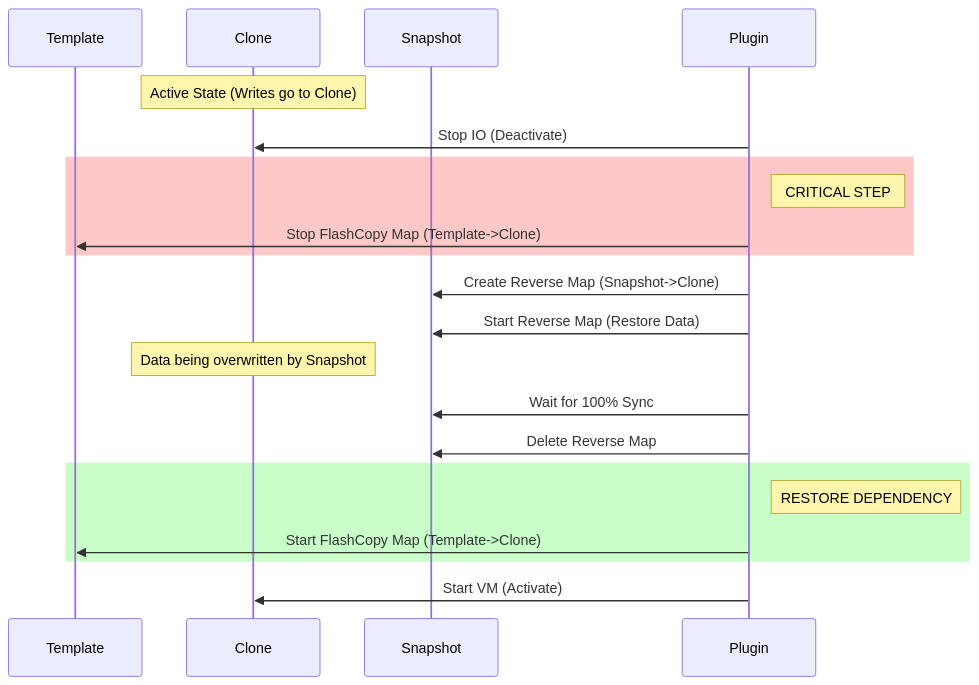
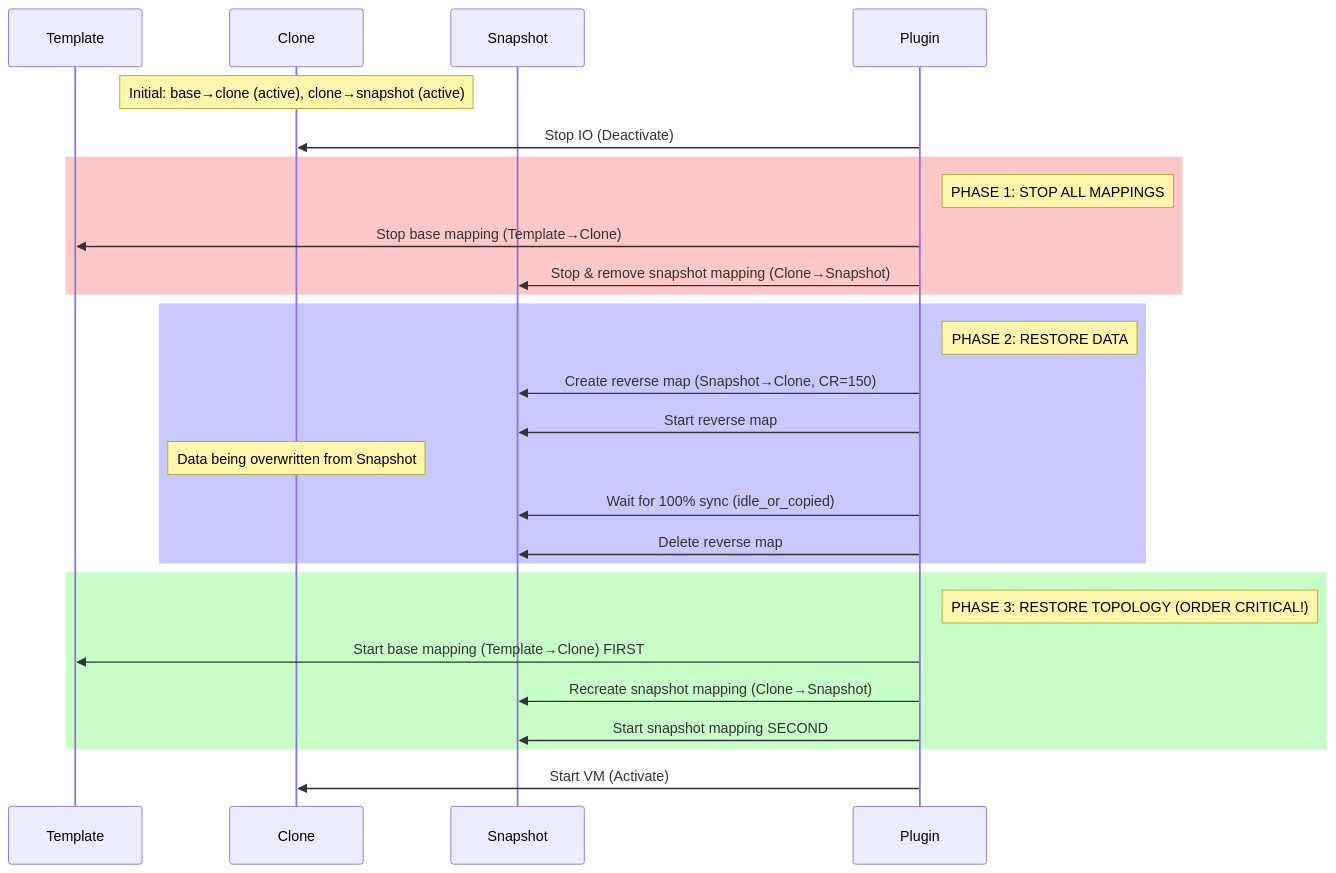
Before and after one commit to niakrisn/pve-ibm-flash-system-5x-fc: the second of 2 diagrams in docs/flashcopy_architecture.md, drawn with Mermaid. The commit also changed other lines of this file and 7 other files, not shown here.

First line of the commit message:
refactor: API normalization and FlashCopy robustness improvements

````diff
--- a/docs/flashcopy_architecture.md
+++ b/docs/flashcopy_architecture.md
@@ -79,29 +122,35 @@
 ```mermaid
 sequenceDiagram
     participant Template
     participant Clone
     participant Snapshot
     participant Plugin
 
-    Note over Clone: Active State (Writes go to Clone)
-    
+    Note over Clone: Initial: base→clone (active), clone→snapshot (active)
+
     Plugin->>Clone: Stop IO (Deactivate)
-    
+
     rect rgb(255, 200, 200)
-    Note right of Plugin: CRITICAL STEP
-    Plugin->>Template: Stop FlashCopy Map (Template->Clone)
+    Note right of Plugin: PHASE 1: STOP ALL MAPPINGS
+    Plugin->>Template: Stop base mapping (Template→Clone)
+    Plugin->>Snapshot: Stop & remove snapshot mapping (Clone→Snapshot)
     end
-    
-    Plugin->>Snapshot: Create Reverse Map (Snapshot->Clone)
-    Plugin->>Snapshot: Start Reverse Map (Restore Data)
-    Note over Clone: Data being overwritten by Snapshot
-    Plugin->>Snapshot: Wait for 100% Sync
-    Plugin->>Snapshot: Delete Reverse Map
-    
+
+    rect rgb(200, 200, 255)
+    Note right of Plugin: PHASE 2: RESTORE DATA
+    Plugin->>Snapshot: Create reverse map (Snapshot→Clone, CR=150)
+    Plugin->>Snapshot: Start reverse map
+    Note over Clone: Data being overwritten from Snapshot
+    Plugin->>Snapshot: Wait for 100% sync (idle_or_copied)
+    Plugin->>Snapshot: Delete reverse map
+    end
+
     rect rgb(200, 255, 200)
-    Note right of Plugin: RESTORE DEPENDENCY
-    Plugin->>Template: Start FlashCopy Map (Template->Clone)
+    Note right of Plugin: PHASE 3: RESTORE TOPOLOGY (ORDER CRITICAL!)
+    Plugin->>Template: Start base mapping (Template→Clone) FIRST
+    Plugin->>Snapshot: Recreate snapshot mapping (Clone→Snapshot)
+    Plugin->>Snapshot: Start snapshot mapping SECOND
     end
-    
+
     Plugin->>Clone: Start VM (Activate)
 ```
````
